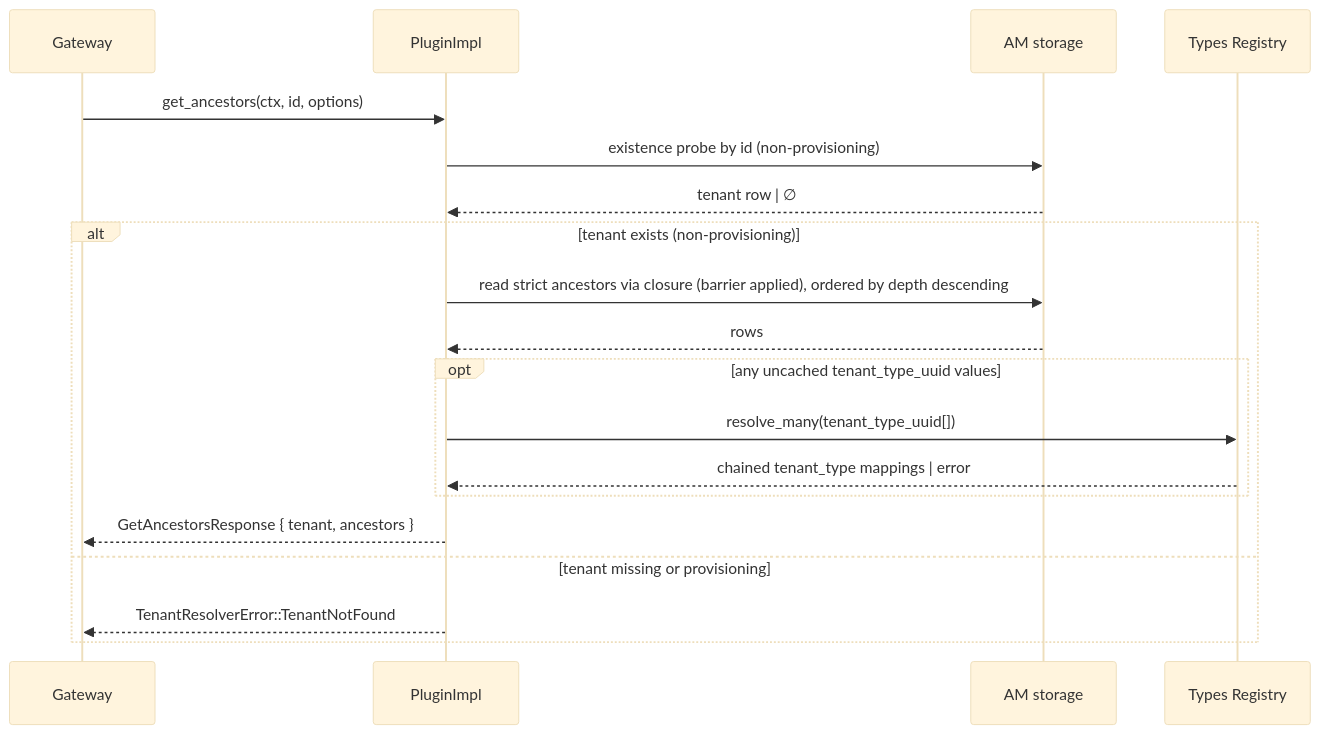
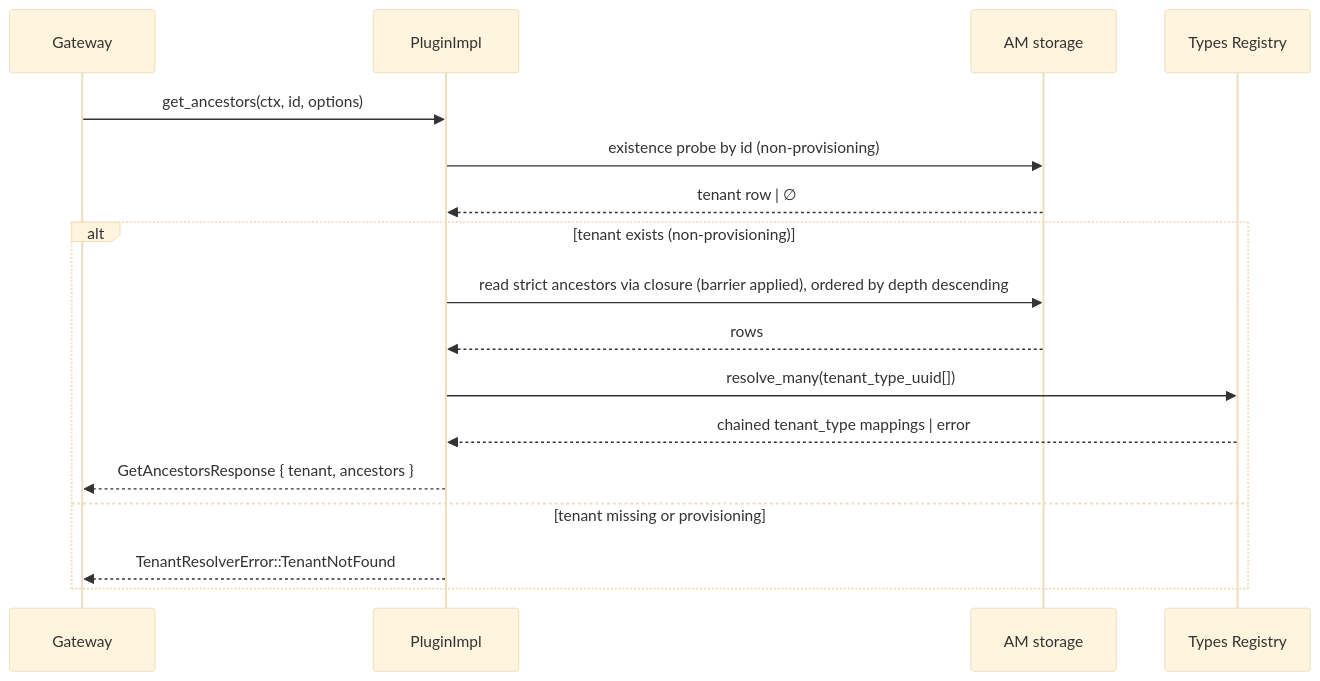
Before and after one commit to fluiderson/cf: the fifth of 7 diagrams in modules/system/account-management/docs/tr-plugin/DESIGN.md, drawn with Mermaid (base theme). The commit also changed other lines of this file and 65 other files, not shown here.

````diff
--- a/modules/system/account-management/docs/tr-plugin/DESIGN.md
+++ b/modules/system/account-management/docs/tr-plugin/DESIGN.md
@@ -384,22 +378,20 @@
 ```mermaid
 sequenceDiagram
     participant GW as Gateway
     participant PI as PluginImpl
     participant DB as AM storage
     participant TR as Types Registry
 
     GW->>PI: get_ancestors(ctx, id, options)
     PI->>DB: existence probe by id (non-provisioning)
     DB-->>PI: tenant row | ∅
     alt tenant exists (non-provisioning)
         PI->>DB: read strict ancestors via closure (barrier applied), ordered by depth descending
         DB-->>PI: rows
-        opt any uncached tenant_type_uuid values
-            PI->>TR: resolve_many(tenant_type_uuid[])
-            TR-->>PI: chained tenant_type mappings | error
-        end
+        PI->>TR: resolve_many(tenant_type_uuid[])
+        TR-->>PI: chained tenant_type mappings | error
         PI-->>GW: GetAncestorsResponse { tenant, ancestors }
     else tenant missing or provisioning
         PI-->>GW: TenantResolverError::TenantNotFound
     end
 ```
````
